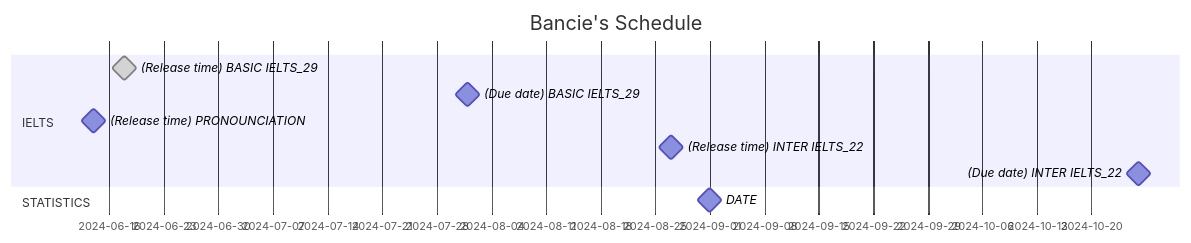
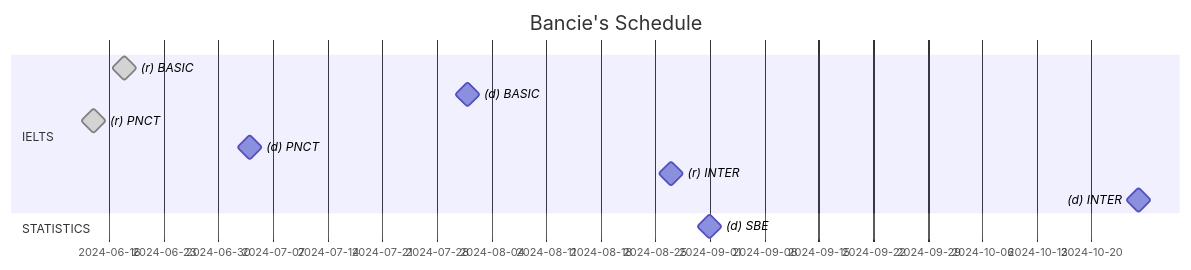
The diagram in README.md (S-ROLL/notebook.maths), drawn with Mermaid before and after one commit.

````diff
--- a/README.md
+++ b/README.md
@@ -2,26 +2,27 @@
 ```mermaid
 gantt
     title Bancie's Schedule
     dateFormat DD-MM-YY
     section IELTS
-        %(Due date) FINAL EXAM: milestone, 06-07-2025, 0d
+        %(d) FINAL EXAM: milestone, 06-07-2025, 0d
 
-        %---BASIC IELTS_29---
-        (Release time) BASIC IELTS_29: done, milestone, 18-06-24, 0d
-        (Due date) BASIC IELTS_29: milestone, 01-08-24, 0d
+        %---KHOÁ BASIC IELTS_29---
+        (r) BASIC: done, milestone, 18-06-24, 0d
+        (d) BASIC: milestone, 01-08-24, 0d
 
-        %---PRONOUNCIATION---
-        (Release time) PRONOUNCIATION: milestone, 14-06-24, 0d
+        %---KHOÁ PRONOUNCITAION---
+        (r) PNCT: done, milestone, 14-06-24, 0d
+        (d) PNCT: milestone, 04-07-24, 0d
 
 
 
-        %---Inter IELTS_22---
-        (Release time) INTER IELTS_22: milestone, 27-08-24, 0d
-        (Due date) INTER IELTS_22: milestone, 26-10-24, 0d
+        %---KHOÁ INTER IELTS_22---
+        (r) INTER: milestone, 27-08-24, 0d
+        (d) INTER: milestone, 26-10-24, 0d
 
     section STATISTICS
-        DATE: milestone, 01-09-24, 0d
+        (d) SBE: milestone, 01-09-24, 0d
 
     section PYTHON
     section MACHINE LEARNING
 ```
````
